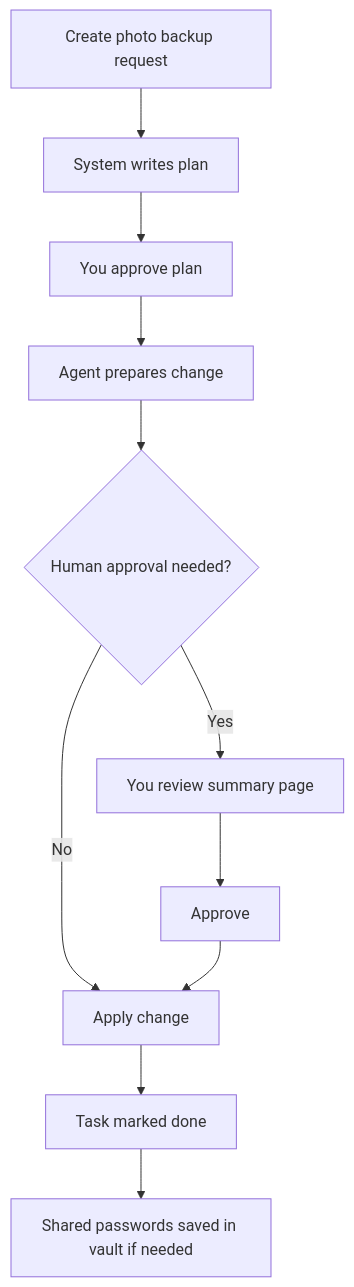
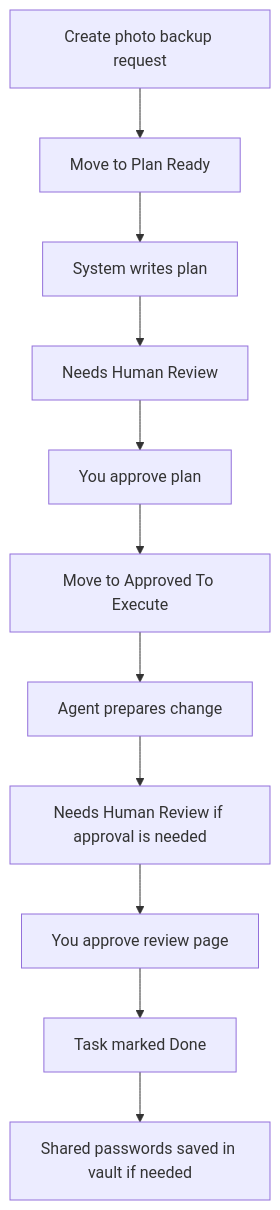
The fourth of 4 diagrams in docs/HUMAN_INTERFACES.md (ivierlin27/homelab-control), drawn with Mermaid before and after one commit. The commit also changed other lines of this file and 5 other files, not shown here.

First line of the commit message:
Document and implement simplified Planka planning flow.

````diff
--- a/docs/HUMAN_INTERFACES.md
+++ b/docs/HUMAN_INTERFACES.md
@@ -172,13 +195,13 @@
 ```mermaid
 flowchart TD
-    A[Create photo backup request] --> B[System writes plan]
-    B --> C[You approve plan]
-    C --> D[Agent prepares change]
-    D --> E{Human approval needed?}
-    E -->|Yes| F[You review summary page]
-    E -->|No| G[Apply change]
-    F --> H[Approve]
-    H --> G
-    G --> I[Task marked done]
-    I --> J[Shared passwords saved in vault if needed]
+    A[Create photo backup request] --> B[Move to Plan Ready]
+    B --> C[System writes plan]
+    C --> D[Needs Human Review]
+    D --> E[You approve plan]
+    E --> F[Move to Approved To Execute]
+    F --> G[Agent prepares change]
+    G --> H[Needs Human Review if approval is needed]
+    H --> I[You approve review page]
+    I --> J[Task marked Done]
+    J --> K[Shared passwords saved in vault if needed]
 ```
````
